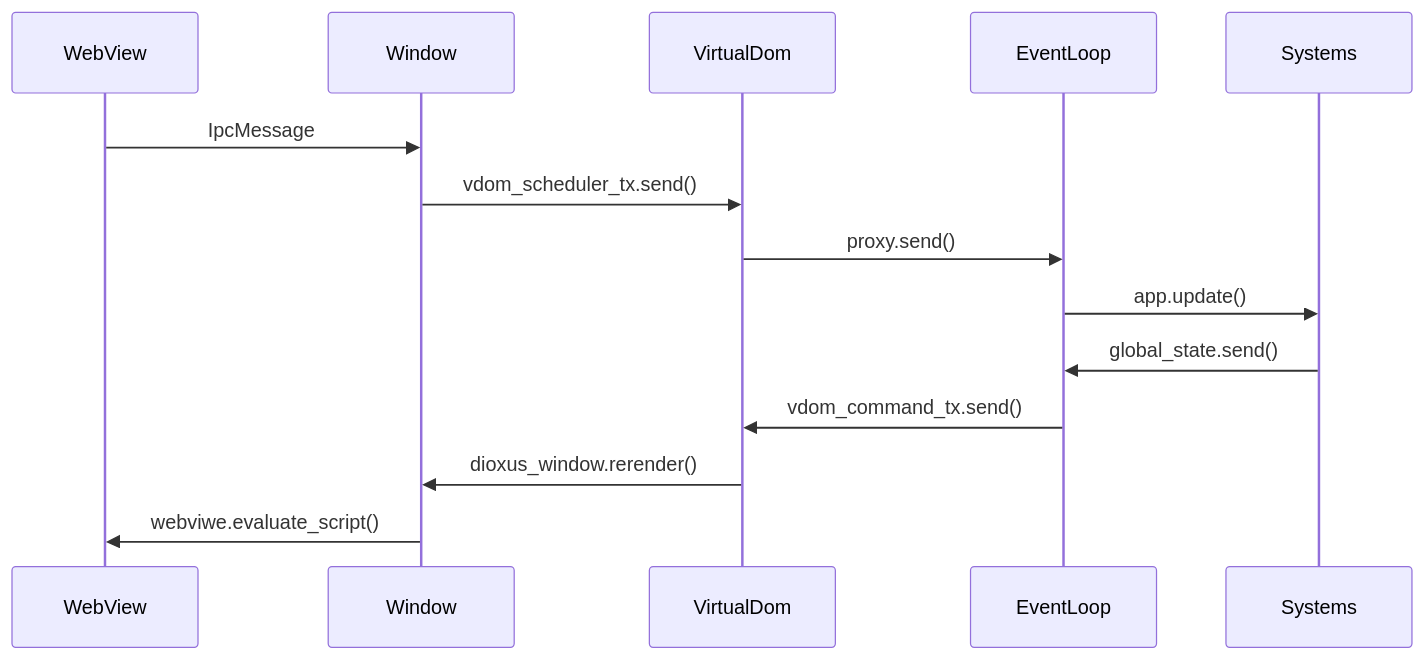
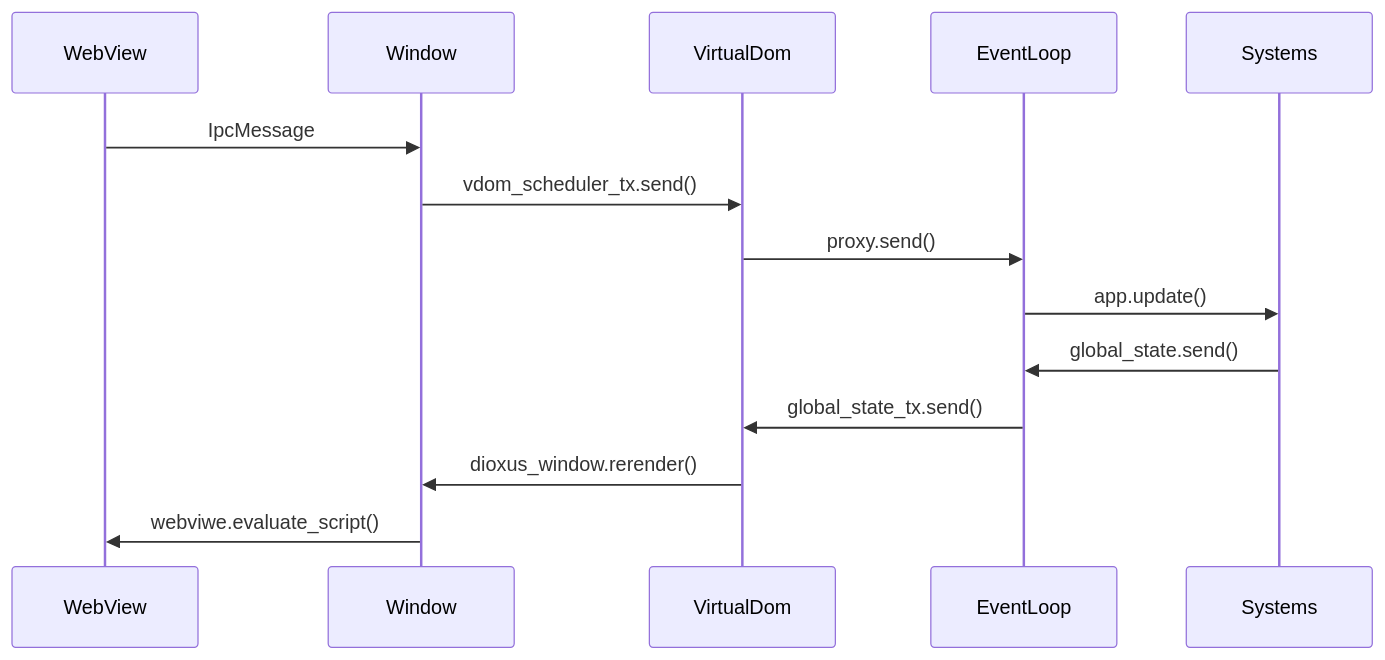
Before and after one commit to Marlboro11526/dip: the first of 4 diagrams in packages/website/content/docs/architecture/overview.md, drawn with Mermaid. The commit also changed other lines of this file and 12 other files, not shown here.

````diff
--- a/packages/website/content/docs/architecture/overview.md
+++ b/packages/website/content/docs/architecture/overview.md
@@ -14,18 +14,18 @@
 ```mermaid
 sequenceDiagram
     participant WebView
     participant Window
     participant VirtualDom
     participant EventLoop
     participant Systems
 
     WebView ->> Window: IpcMessage
     Window ->> VirtualDom: vdom_scheduler_tx.send()
     VirtualDom ->> EventLoop: proxy.send()
     EventLoop ->> Systems: app.update()
 
     Systems ->> EventLoop: global_state.send()
-    EventLoop ->> VirtualDom: vdom_command_tx.send()
+    EventLoop ->> VirtualDom: global_state_tx.send()
     VirtualDom ->> Window: dioxus_window.rerender()
     Window ->> WebView: webviwe.evaluate_script()
 ```
````
